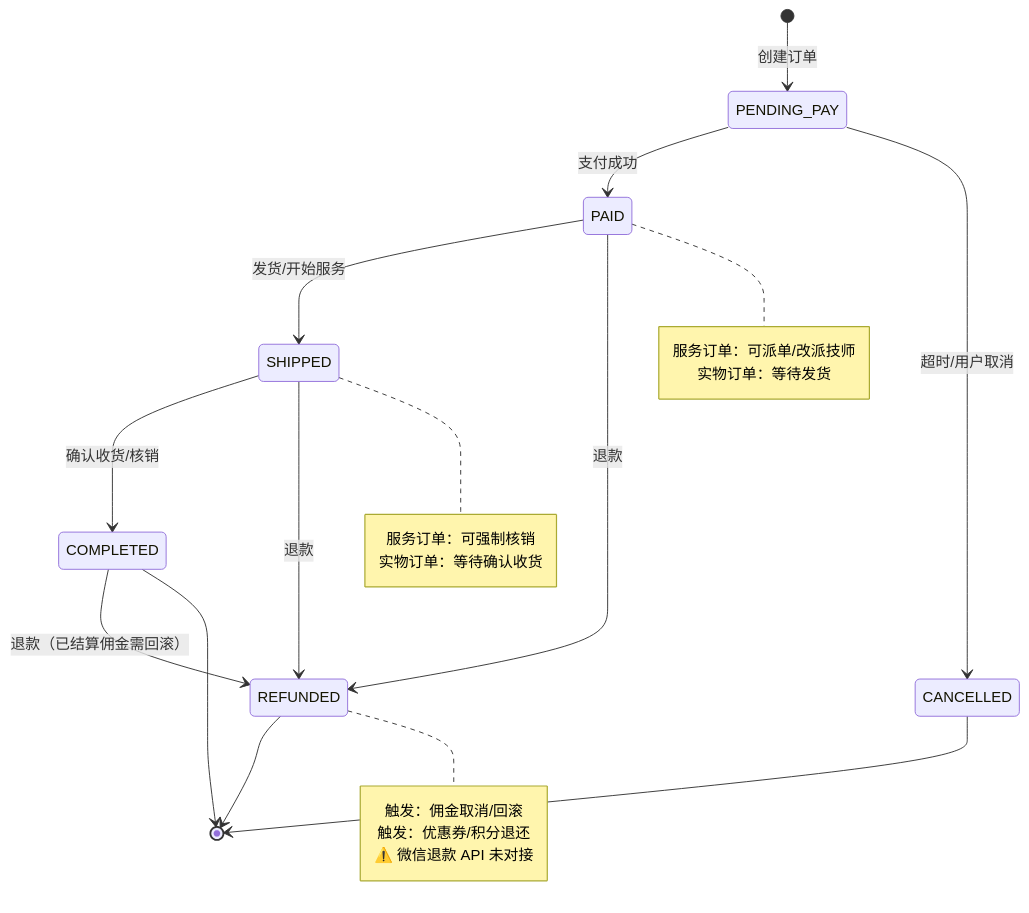
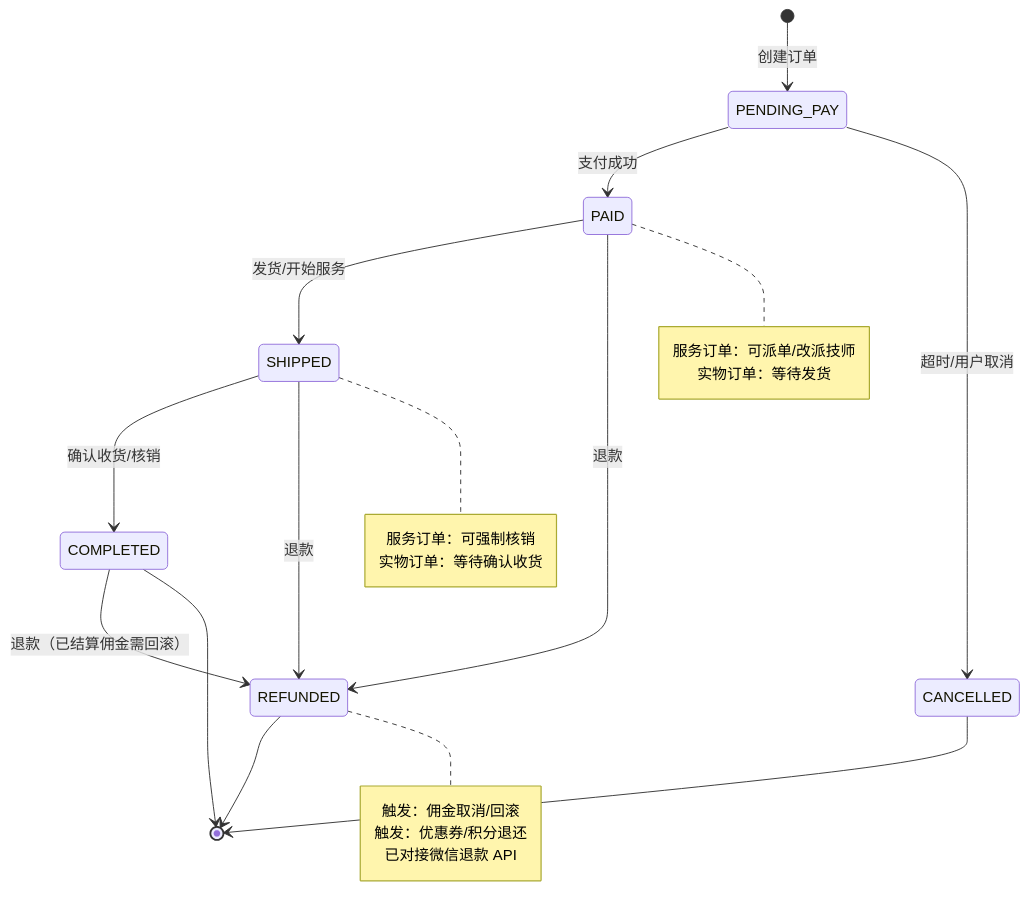
One commit to hqh-dot-wj/O2O-Mall-project changed the sixth of 6 diagrams in apps/backend/docs/requirements/store/order/order-requirements.md. Above: the diagram before and after it, drawn with Mermaid. The commit also changed other lines of this file and 26 other files, not shown here.

````diff
--- a/apps/backend/docs/requirements/store/order/order-requirements.md
+++ b/apps/backend/docs/requirements/store/order/order-requirements.md
@@ -209,34 +213,34 @@
 ```mermaid
 stateDiagram-v2
     [*] --> PENDING_PAY: 创建订单
     PENDING_PAY --> PAID: 支付成功
     PENDING_PAY --> CANCELLED: 超时/用户取消
 
     PAID --> SHIPPED: 发货/开始服务
     PAID --> REFUNDED: 退款
 
     SHIPPED --> COMPLETED: 确认收货/核销
     SHIPPED --> REFUNDED: 退款
 
     COMPLETED --> REFUNDED: 退款（已结算佣金需回滚）
     COMPLETED --> [*]
 
     CANCELLED --> [*]
     REFUNDED --> [*]
 
     note right of PAID
         服务订单：可派单/改派技师
         实物订单：等待发货
     end note
 
     note right of SHIPPED
         服务订单：可强制核销
         实物订单：等待确认收货
     end note
 
     note right of REFUNDED
         触发：佣金取消/回滚
         触发：优惠券/积分退还
-        ⚠️ 微信退款 API 未对接
+        已对接微信退款 API
     end note
 ```
````
